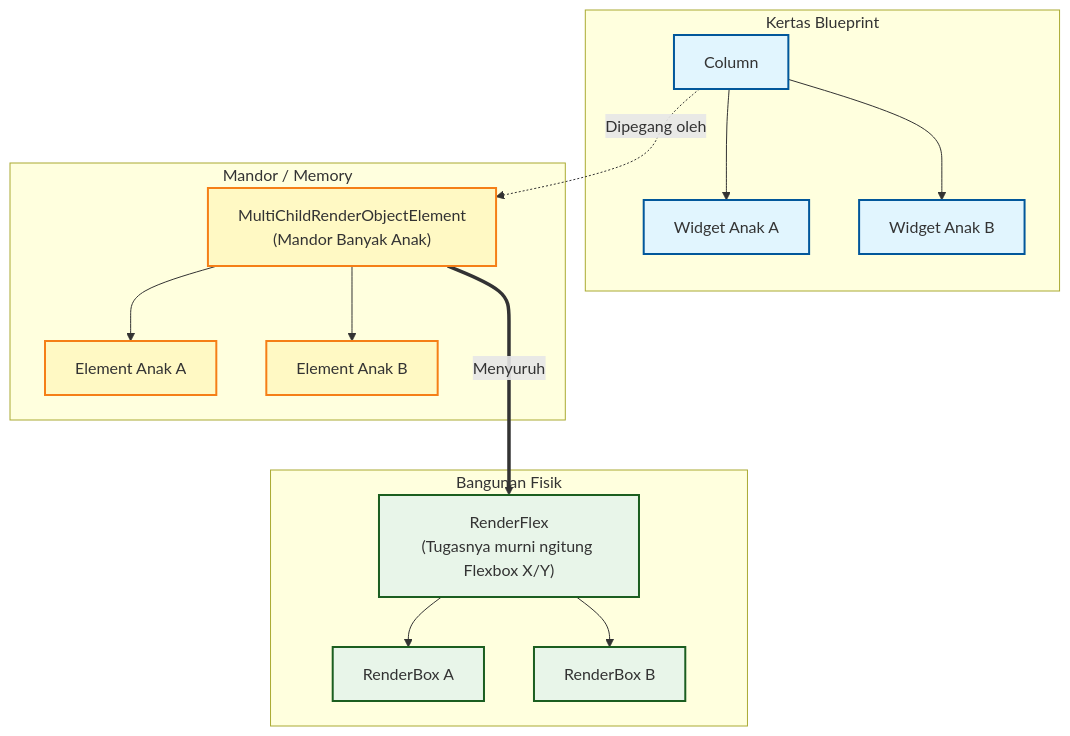
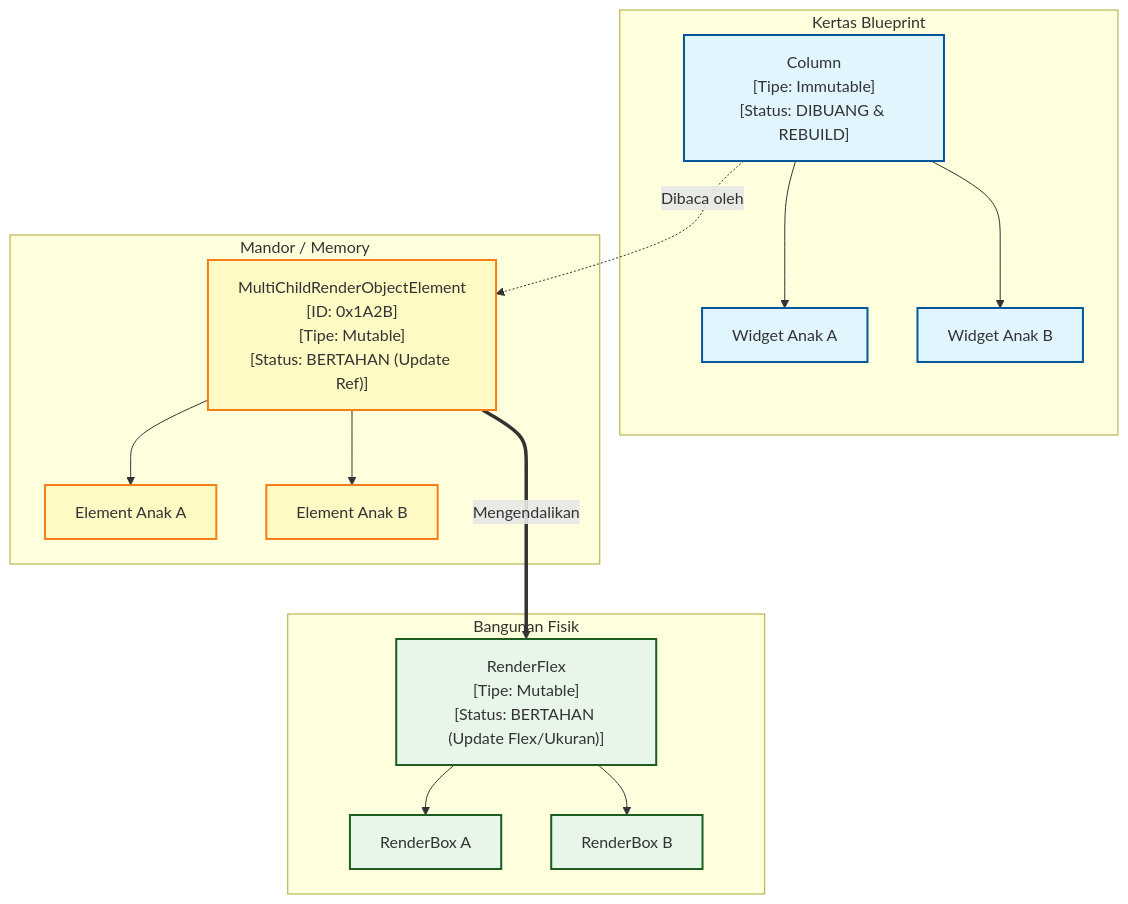
Before and after one commit to nunutech40/SuperViews: the third of 5 diagrams in belajar/master_widget_tree_anatomy.md, drawn with Mermaid. The commit also changed other lines of this file, not shown here.

Commit message:
docs: add data types and state lifecycle status to taxonomy anatomy diagrams

````diff
--- a/belajar/master_widget_tree_anatomy.md
+++ b/belajar/master_widget_tree_anatomy.md
@@ -153,30 +153,30 @@
 ```mermaid
 graph TD
     classDef widget fill:#e1f5fe,stroke:#01579b,stroke-width:2px;
     classDef element fill:#fff9c4,stroke:#f57f17,stroke-width:2px;
     classDef render fill:#e8f5e9,stroke:#1b5e20,stroke-width:2px;
 
     %% WIDGET TREE
     subgraph WIDGET_TREE [Kertas Blueprint]
-        W1["Column"]:::widget
+        W1["Column<br>[Tipe: Immutable]<br>[Status: DIBUANG & REBUILD]"]:::widget
         W1 --> W2["Widget Anak A"]:::widget
         W1 --> W3["Widget Anak B"]:::widget
     end
 
     %% ELEMENT TREE
     subgraph ELEMENT_TREE [Mandor / Memory]
-        E1["MultiChildRenderObjectElement<br>(Mandor Banyak Anak)"]:::element
+        E1["MultiChildRenderObjectElement<br>[ID: 0x1A2B]<br>[Tipe: Mutable]<br>[Status: BERTAHAN (Update Ref)]"]:::element
         E1 --> E2["Element Anak A"]:::element
         E1 --> E3["Element Anak B"]:::element
     end
 
     %% RENDER OBJECT TREE
     subgraph RENDEROBJECT_TREE [Bangunan Fisik]
-        R1["RenderFlex<br>(Tugasnya murni ngitung Flexbox X/Y)"]:::render
+        R1["RenderFlex<br>[Tipe: Mutable]<br>[Status: BERTAHAN (Update Flex/Ukuran)]"]:::render
         R1 --> R2["RenderBox A"]:::render
         R1 --> R3["RenderBox B"]:::render
     end
 
-    W1 -.->|"Dipegang oleh"| E1
-    E1 ===>|"Menyuruh"| R1
+    W1 -.->|"Dibaca oleh"| E1
+    E1 ===>|"Mengendalikan"| R1
 ```
````
